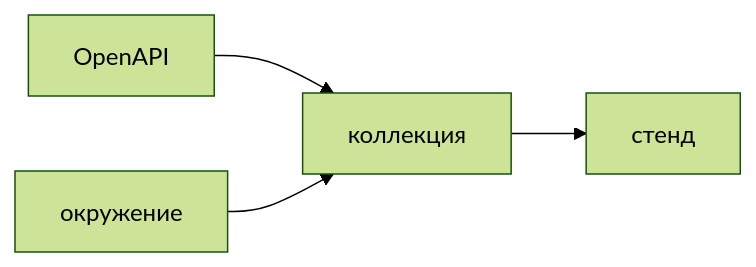
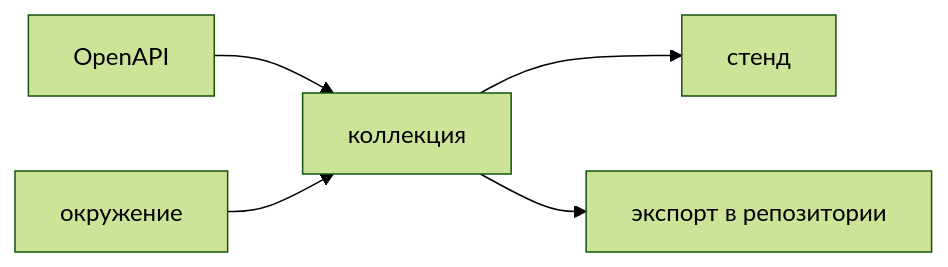
The diagram in nine-to-eighteen/ui/src/data/learn/sa/sa-postman.md (AlexanderNY/cursor_test), drawn with Mermaid (forest theme) before and after one commit. The commit also changed other lines of this file and 40 other files, not shown here.

````diff
--- a/nine-to-eighteen/ui/src/data/learn/sa/sa-postman.md
+++ b/nine-to-eighteen/ui/src/data/learn/sa/sa-postman.md
@@ -52,6 +107,7 @@
 ```mermaid
 flowchart LR
   Spec[OpenAPI] --> Col[коллекция]
   Env[окружение] --> Col
   Col --> Stand[стенд]
+  Col --> Repo[экспорт в репозитории]
 ```
````
